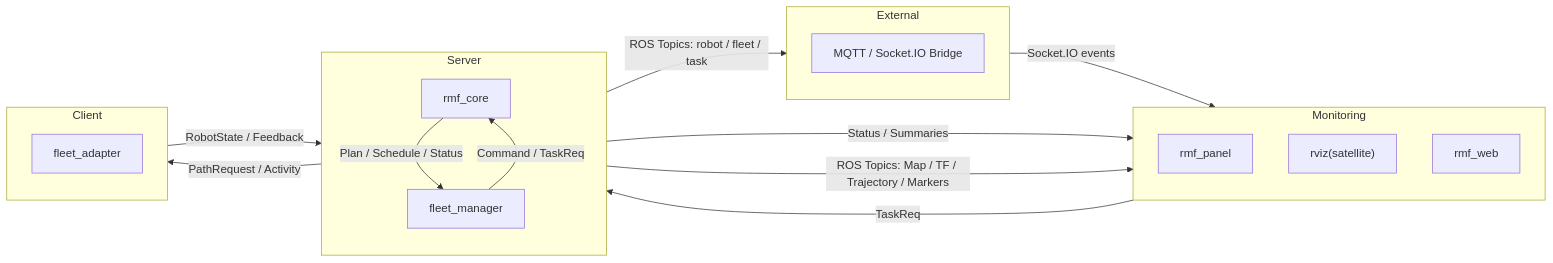
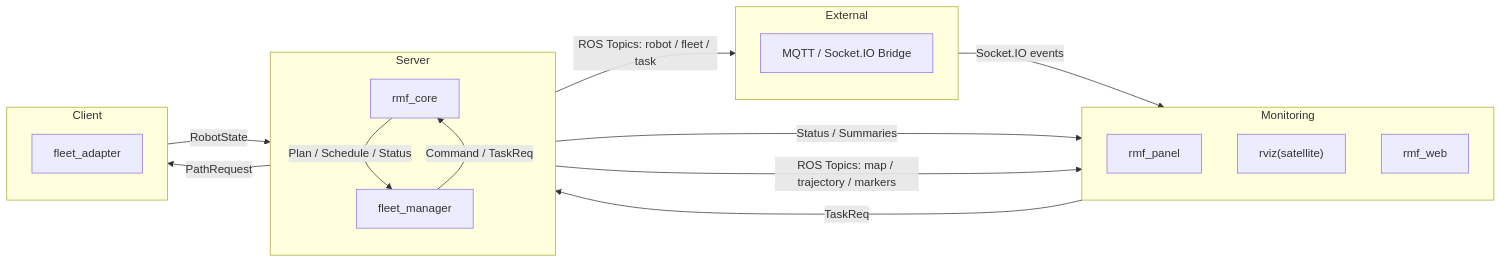
The diagram in README.md (DeveloperKSH/Open-RMF_Server), drawn with Mermaid before and after one commit.

Commit message:
md file update

````diff
--- a/README.md
+++ b/README.md
@@ -58,48 +58,48 @@
 ```mermaid
 flowchart LR
 
   %% ===== Monitoring (왼쪽 열, 위→아래 고정) =====
   subgraph Mon["Monitoring"]
     direction TB
     panel["rmf_panel"]
     rviz["rviz(satellite)"]
     dash["rmf_web"]
   end
 
   %% ===== Server (가운데 열, 위→아래 고정) =====
   subgraph Core["Server"]
     direction TB
     rmfcore["rmf_core"]
     fm["fleet_manager"]
   end
 
   %% ===== External (오른쪽 위 열) =====
   subgraph Ext["External"]
     direction TB
     bridge["MQTT / Socket.IO Bridge"]
   end
 
   %% ===== Client (오른쪽 열, 아래) =====
   subgraph Clients["Client"]
     direction TB
     adapter["fleet_adapter"]
   end
 
   %% ---------- Monitoring ↔ Server ----------
   panel -->|TaskReq| rmfcore
   rmfcore -->|Status / Summaries| panel
 
-  rmfcore -->|ROS Topics: Map / TF / Trajectory / Markers| rviz
+  rmfcore -->|ROS Topics: map / trajectory / markers| rviz
 
   %% ---------- Server ↔ External ----------
   rmfcore -->|ROS Topics: robot / fleet / task| bridge
   bridge -->|Socket.IO events| dash
 
   %% ---------- Server 내부(양방향) ----------
   fm -->|Command / TaskReq| rmfcore
   rmfcore -->|Plan / Schedule / Status| fm
 
   %% ---------- Server ↔ Client ----------
-  fm -->|PathRequest / Activity| adapter
-  adapter -->|RobotState / Feedback| fm
+  fm -->|PathRequest| adapter
+  adapter -->|RobotState| fm
 ```
````
